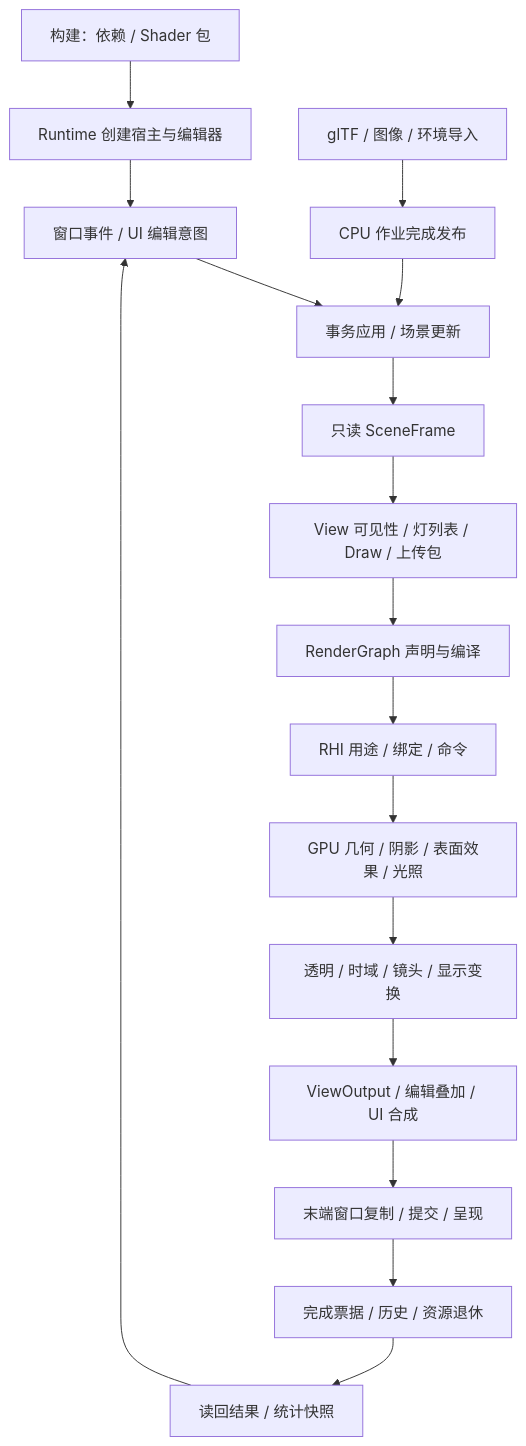
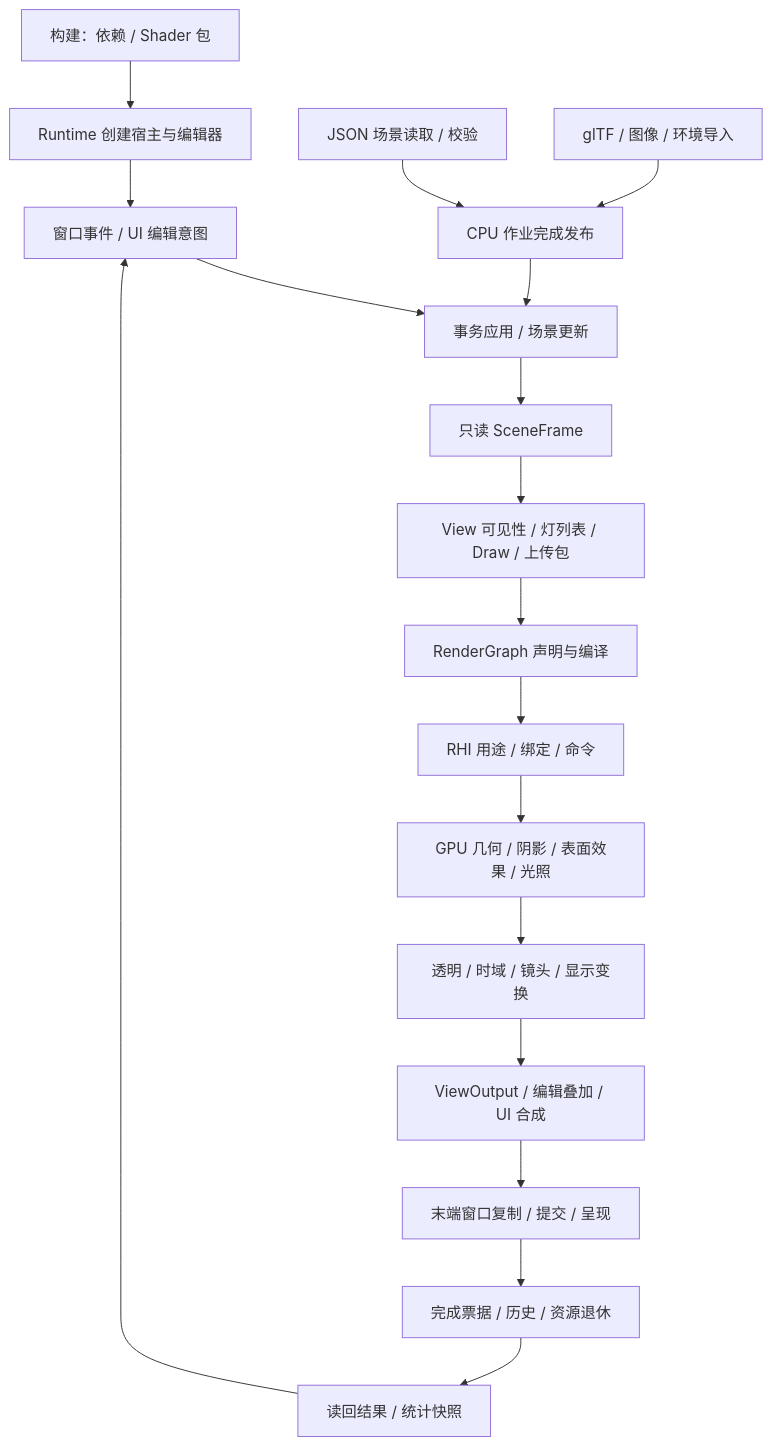
One commit to BigBlack7/Physara changed the first of 5 diagrams in Docs/Architecture.md. Above: the diagram before and after it, drawn with Mermaid. The commit also changed other lines of this file and 624 other files, not shown here.

````diff
--- a/Docs/Architecture.md
+++ b/Docs/Architecture.md
@@ -93,19 +93,20 @@
 ```mermaid
 flowchart TD
     B["构建：依赖 / Shader 包"] --> H["Runtime 创建宿主与编辑器"]
     H --> I["窗口事件 / UI 编辑意图"]
     I --> S["事务应用 / 场景更新"]
+    O["JSON 场景读取 / 校验"] --> J
     A["glTF / 图像 / 环境导入"] --> J["CPU 作业完成发布"]
     J --> S
     S --> F["只读 SceneFrame"]
     F --> V["View 可见性 / 灯列表 / Draw / 上传包"]
     V --> G["RenderGraph 声明与编译"]
     G --> C["RHI 用途 / 绑定 / 命令"]
     C --> P["GPU 几何 / 阴影 / 表面效果 / 光照"]
     P --> T["透明 / 时域 / 镜头 / 显示变换"]
     T --> U["ViewOutput / 编辑叠加 / UI 合成"]
     U --> W["末端窗口复制 / 提交 / 呈现"]
     W --> R["完成票据 / 历史 / 资源退休"]
     R --> D["读回结果 / 统计快照"]
     D --> I
 ```
````
